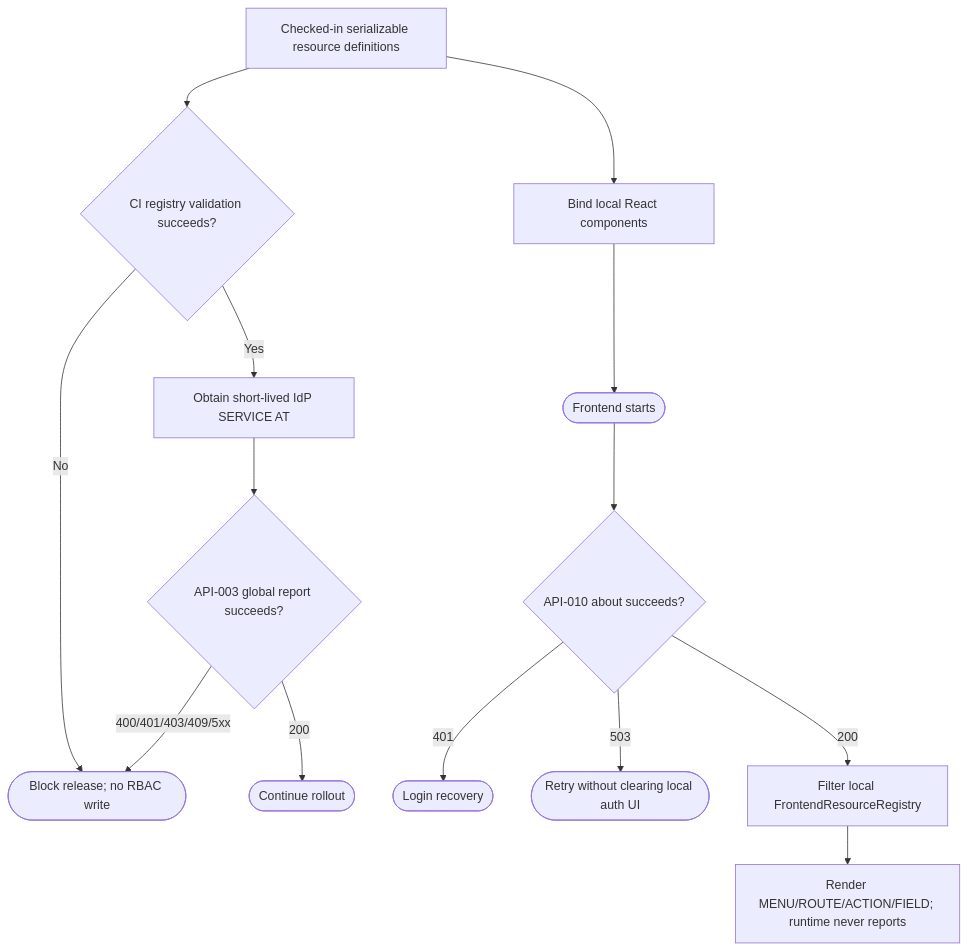
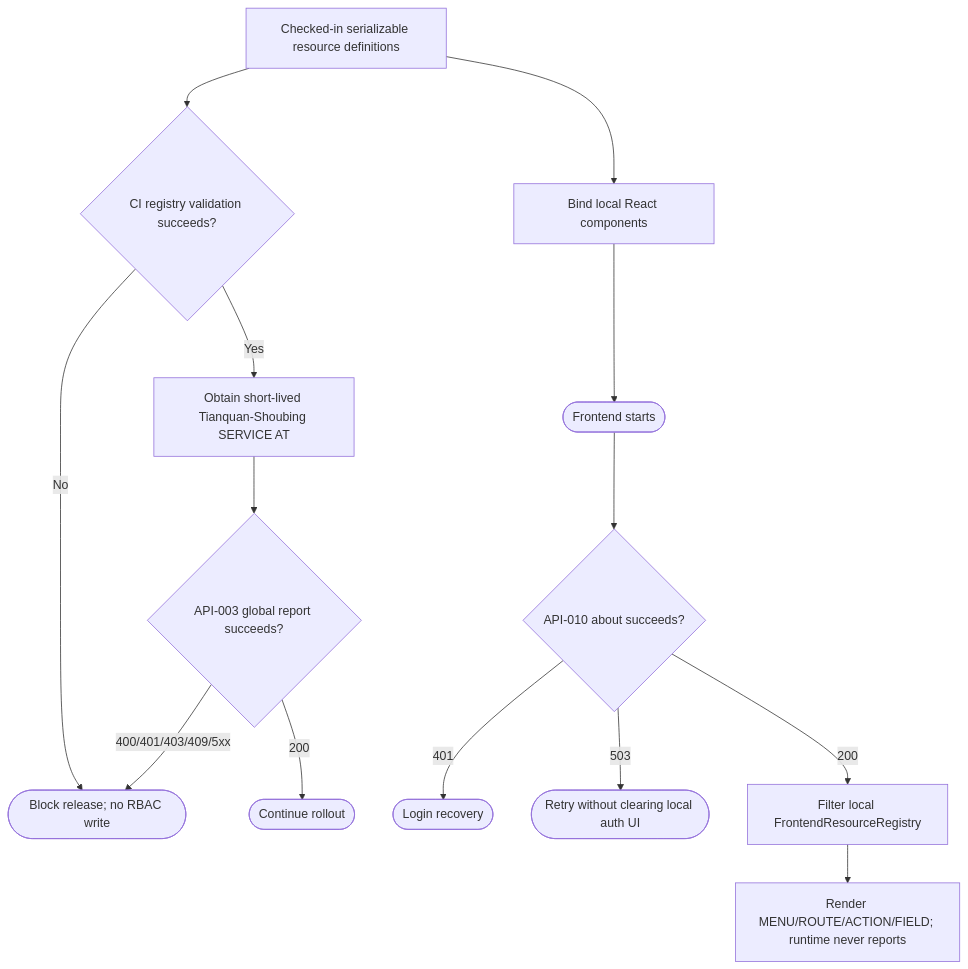
Before and after one commit to AllenDEricDAlexander/Egon-COLA: the third of 7 diagrams in docs/egon/spec/2026-08-17-09-37-rbac3-annotation-userdetails-field-authorization.md, drawn with Mermaid. The commit also changed other lines of this file and 233 other files, not shown here.

````diff
--- a/docs/egon/spec/2026-08-17-09-37-rbac3-annotation-userdetails-field-authorization.md
+++ b/docs/egon/spec/2026-08-17-09-37-rbac3-annotation-userdetails-field-authorization.md
@@ -349,16 +349,16 @@
 ```mermaid
 flowchart TD
     Source["Checked-in serializable resource definitions"] --> Build{"CI registry validation succeeds?"}
     Build -->|"No"| Block(["Block release; no RBAC write"])
-    Build -->|"Yes"| Token["Obtain short-lived IdP SERVICE AT"]
+    Build -->|"Yes"| Token["Obtain short-lived Tianquan-Shoubing SERVICE AT"]
     Token --> Report{"API-003 global report succeeds?"}
     Report -->|"400/401/403/409/5xx"| Block
     Report -->|"200"| Rollout(["Continue rollout"])
     Source --> Local["Bind local React components"]
     Local --> Start(["Frontend starts"])
     Start --> About{"API-010 about succeeds?"}
     About -->|"401"| Login(["Login recovery"])
     About -->|"503"| Retry(["Retry without clearing local auth UI"])
     About -->|"200"| Filter["Filter local FrontendResourceRegistry"]
     Filter --> Done["Render MENU/ROUTE/ACTION/FIELD; runtime never reports"]
 ```
````
